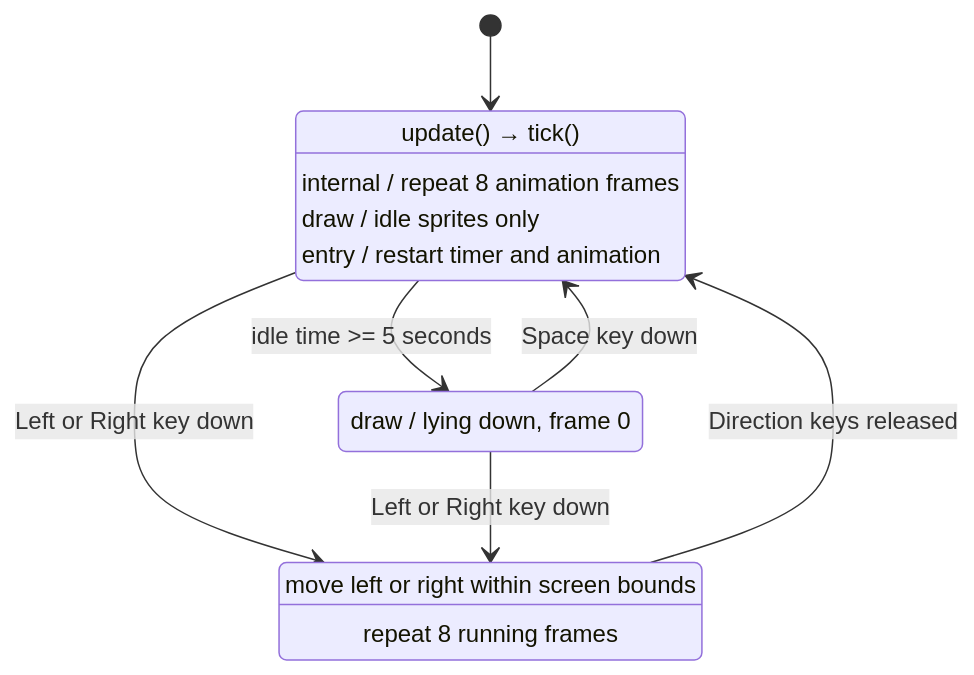
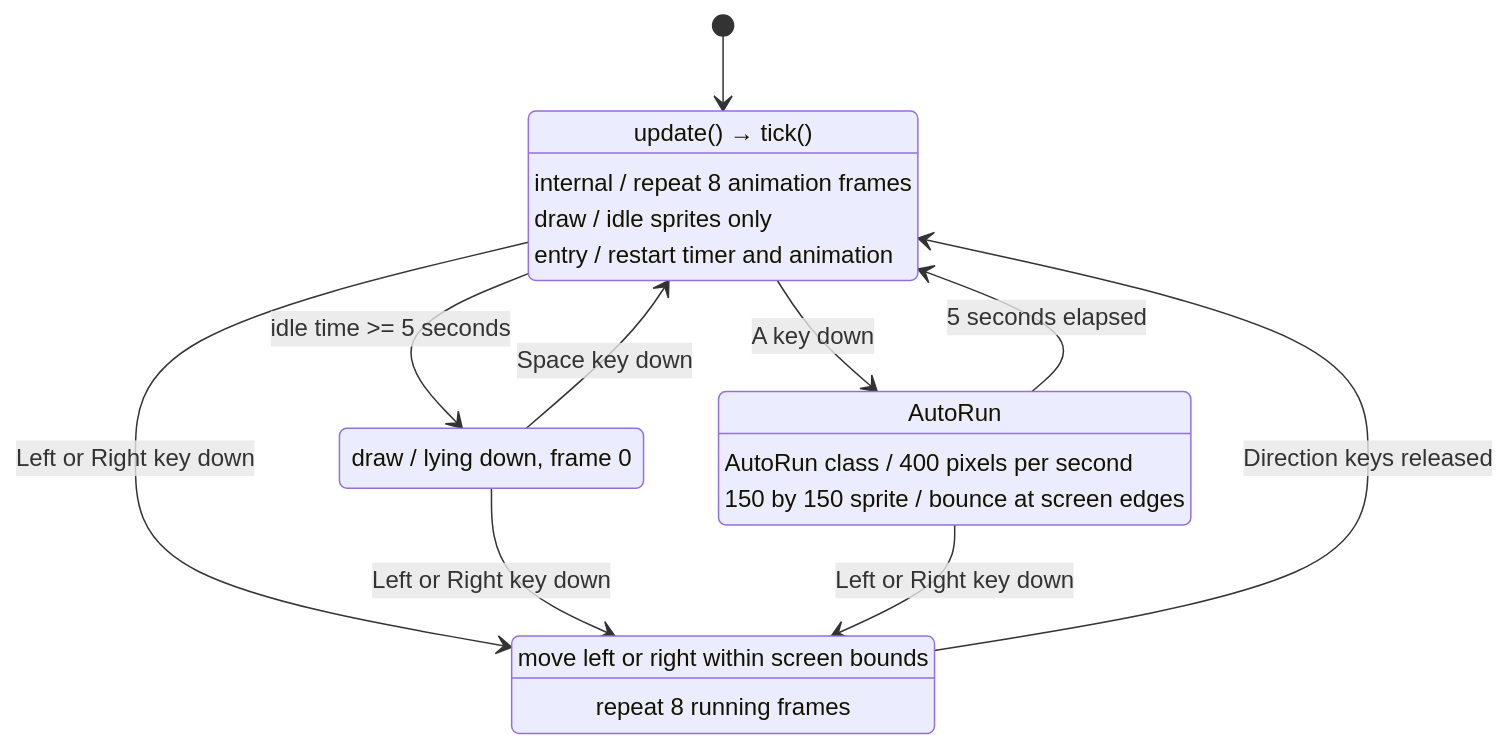
Before and after one commit to bbbboxvader/lec-13: the diagram in idle_state.md, drawn with Mermaid. The commit also changed other lines of this file, not shown here.

Commit message:
docs: describe all four states and AutoRun transitions

````diff
--- a/idle_state.md
+++ b/idle_state.md
@@ -3,16 +5,22 @@
 ```mermaid
 stateDiagram-v2
     [*] --> IDLE
+    state "AutoRun" as AUTO_RUN
     IDLE --> SLEEP : idle time >= 5 seconds
     SLEEP --> IDLE : Space key down
     IDLE --> RUN : Left or Right key down
     RUN --> IDLE : Direction keys released
     SLEEP --> RUN : Left or Right key down
+    IDLE --> AUTO_RUN : A key down
+    AUTO_RUN --> IDLE : 5 seconds elapsed
+    AUTO_RUN --> RUN : Left or Right key down
     IDLE : update() → tick()
     IDLE : internal / repeat 8 animation frames
     IDLE : draw / idle sprites only
     IDLE : entry / restart timer and animation
     SLEEP : draw / lying down, frame 0
     RUN : move left or right within screen bounds
     RUN : repeat 8 running frames
+    AUTO_RUN : AutoRun class / 400 pixels per second
+    AUTO_RUN : 150 by 150 sprite / bounce at screen edges
 ```
````
